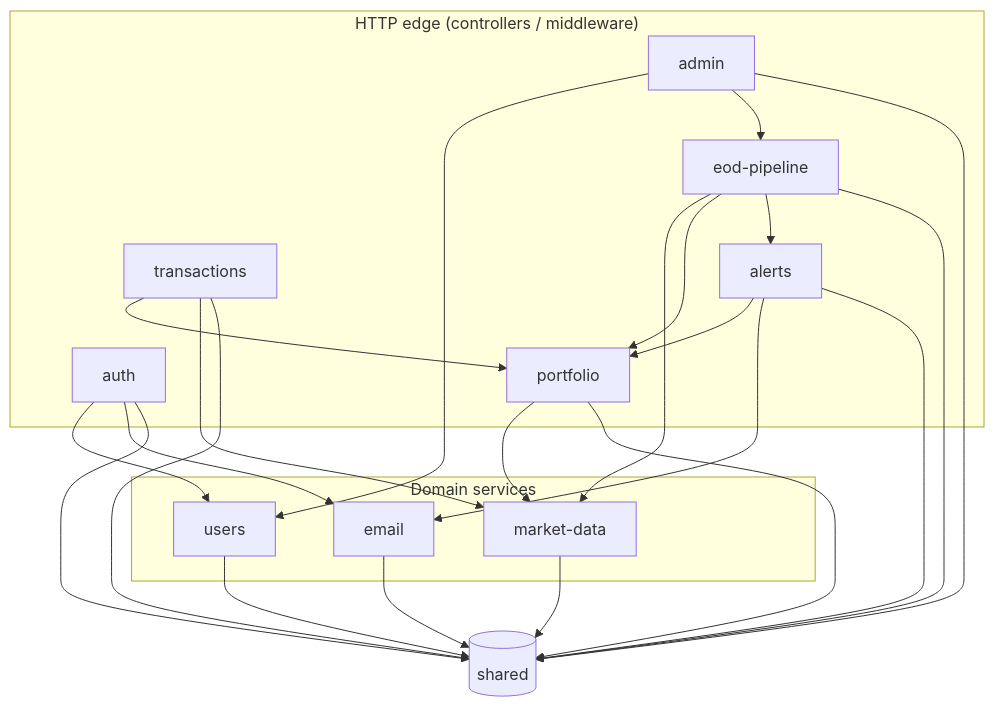
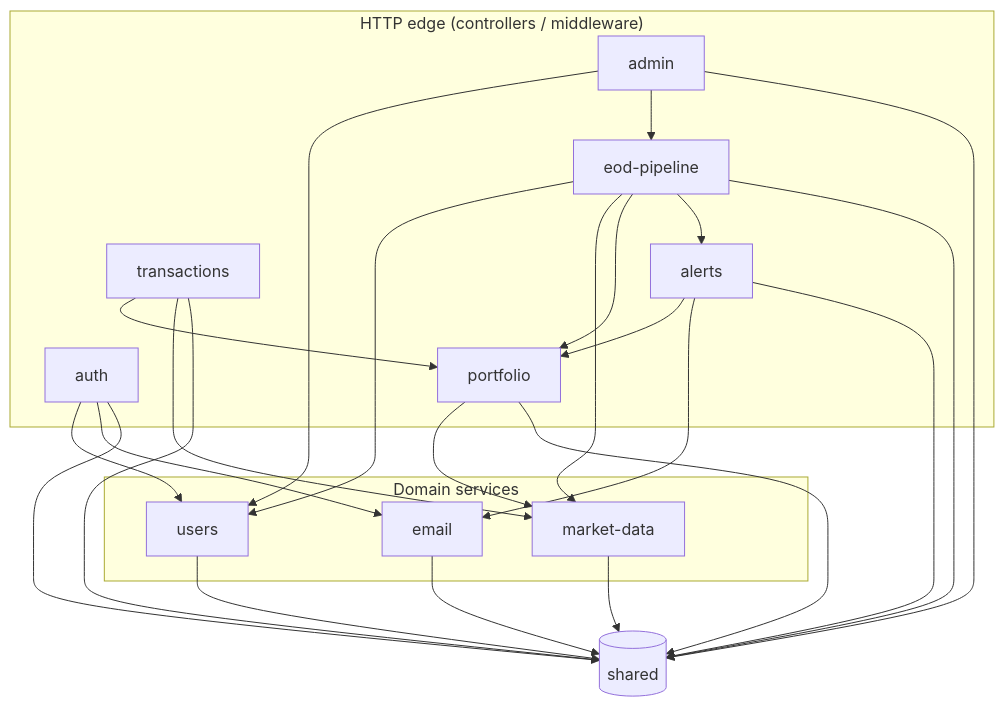
Before and after one commit to rafaeljc/argus: the diagram in docs/diagrams/module-dependencies.md, drawn with Mermaid. The commit also changed 16 other files, not shown here.

````diff
--- a/docs/diagrams/module-dependencies.md
+++ b/docs/diagrams/module-dependencies.md
@@ -8,47 +8,48 @@
 ```mermaid
 graph TD
   subgraph HTTP["HTTP edge (controllers / middleware)"]
     auth[auth]
     transactions[transactions]
     portfolio[portfolio]
     alerts[alerts]
     admin[admin]
     eod[eod-pipeline]
   end
 
   subgraph DOMAIN["Domain services"]
     users[users]
     marketdata[market-data]
     email[email]
   end
 
   shared[(shared)]
 
   auth --> users
   auth --> email
 
   transactions --> portfolio
   transactions --> marketdata
 
   portfolio --> marketdata
 
   alerts --> portfolio
   alerts --> email
 
   admin --> users
   admin --> eod
 
+  eod --> users
   eod --> marketdata
   eod --> portfolio
   eod --> alerts
 
   auth --> shared
   transactions --> shared
   portfolio --> shared
   alerts --> shared
   admin --> shared
   eod --> shared
   users --> shared
   marketdata --> shared
   email --> shared
 ```
````
